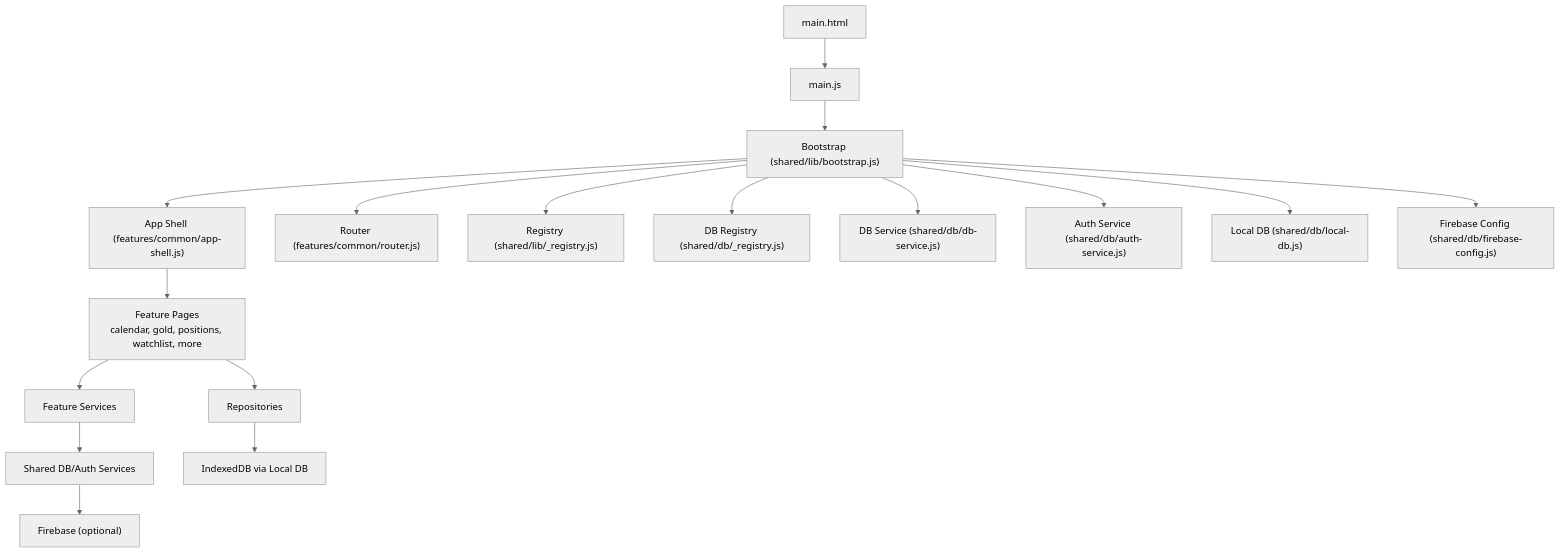
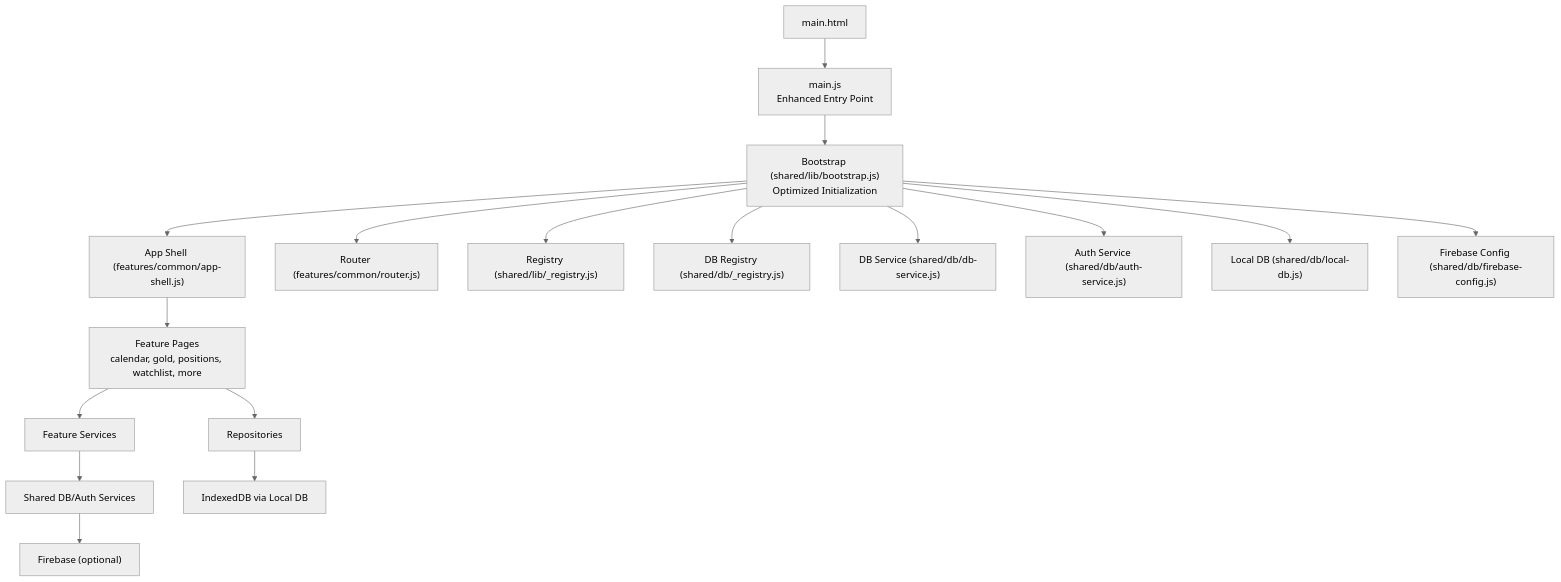
Before and after one commit to iliyas77/MTF-monitor: the first of 13 diagrams in .qoder/repowiki/en/content/Architecture Overview/System Architecture.md, drawn with Mermaid (neutral theme). The commit also changed other lines of this file and 13 other files, not shown here.

````diff
--- a/.qoder/repowiki/en/content/Architecture Overview/System Architecture.md
+++ b/.qoder/repowiki/en/content/Architecture Overview/System Architecture.md
@@ -57,19 +65,19 @@
 ```mermaid
 graph TB
-A["main.html"] --> B["main.js"]
-B --> C["Bootstrap (shared/lib/bootstrap.js)"]
+A["main.html"] --> B["main.js<br/>Enhanced Entry Point"]
+B --> C["Bootstrap (shared/lib/bootstrap.js)<br/>Optimized Initialization"]
 C --> D["App Shell (features/common/app-shell.js)"]
 C --> E["Router (features/common/router.js)"]
 C --> F["Registry (shared/lib/_registry.js)"]
 C --> G["DB Registry (shared/db/_registry.js)"]
 C --> H["DB Service (shared/db/db-service.js)"]
 C --> I["Auth Service (shared/db/auth-service.js)"]
 C --> J["Local DB (shared/db/local-db.js)"]
 C --> K["Firebase Config (shared/db/firebase-config.js)"]
 D --> L["Feature Pages<br/>calendar, gold, positions, watchlist, more"]
 L --> M["Feature Services"]
 L --> N["Repositories"]
 M --> O["Shared DB/Auth Services"]
 N --> P["IndexedDB via Local DB"]
 O --> Q["Firebase (optional)"]
 ```
````
